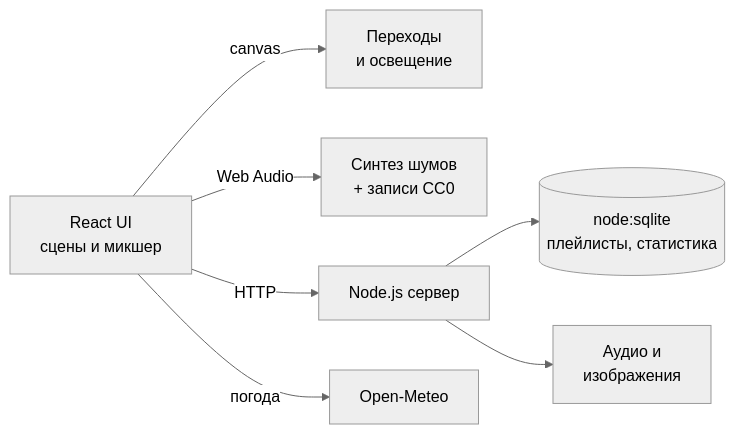
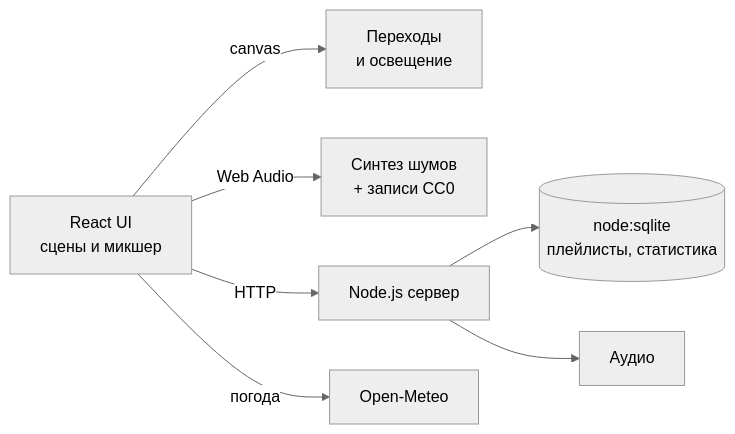
One commit to Denis-VR/Vibe_iseland changed the diagram in README.md. Above: the diagram before and after it, drawn with Mermaid (neutral theme). The commit also changed other lines of this file and 37 other files, not shown here.

````diff
--- a/README.md
+++ b/README.md
@@ -81,9 +81,9 @@
 ```mermaid
 flowchart LR
     UI[React UI<br/>сцены и микшер] -->|canvas| L[Переходы<br/>и освещение]
     UI -->|Web Audio| A[Синтез шумов<br/>+ записи CC0]
     UI -->|HTTP| S[Node.js сервер]
     S --> DB[(node:sqlite<br/>плейлисты, статистика)]
-    S --> FS[Аудио и<br/>изображения]
+    S --> FS[Аудио]
     UI -->|погода| OM[Open-Meteo]
 ```
````
